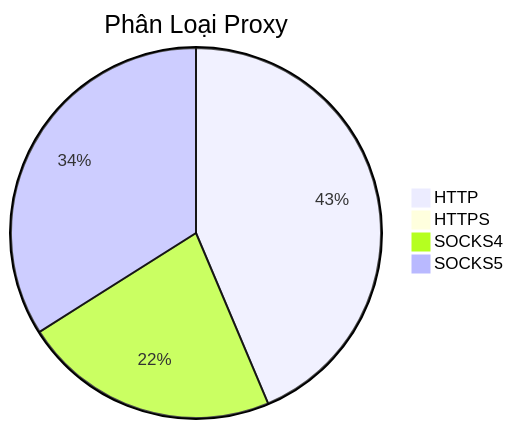
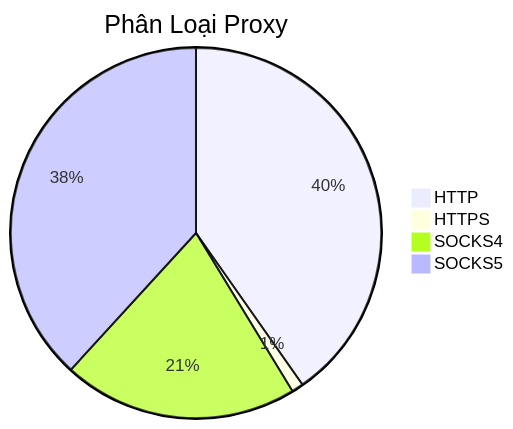
The diagram in README.md (Ciara-Aa/PROXY-free), drawn with Mermaid before and after one commit. The commit also changed other lines of this file and 4 other files, not shown here.

````diff
--- a/README.md
+++ b/README.md
@@ -26,7 +26,7 @@
 ```mermaid
 pie title Phân Loại Proxy
-    "HTTP" : 298
-    "HTTPS" : 4
-    "SOCKS4" : 153
-    "SOCKS5" : 232
+    "HTTP" : 314
+    "HTTPS" : 8
+    "SOCKS4" : 160
+    "SOCKS5" : 298
 ```
````
